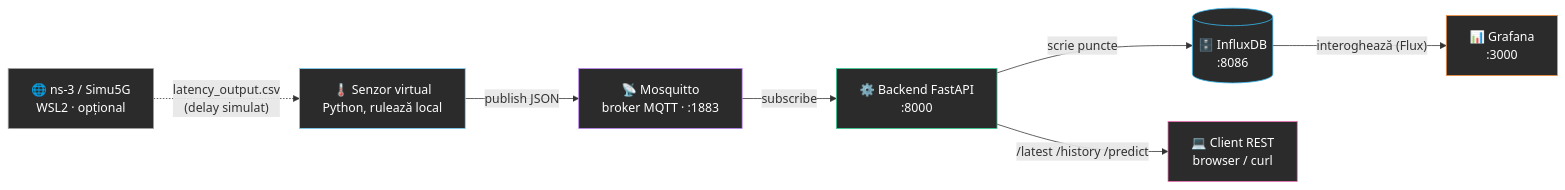
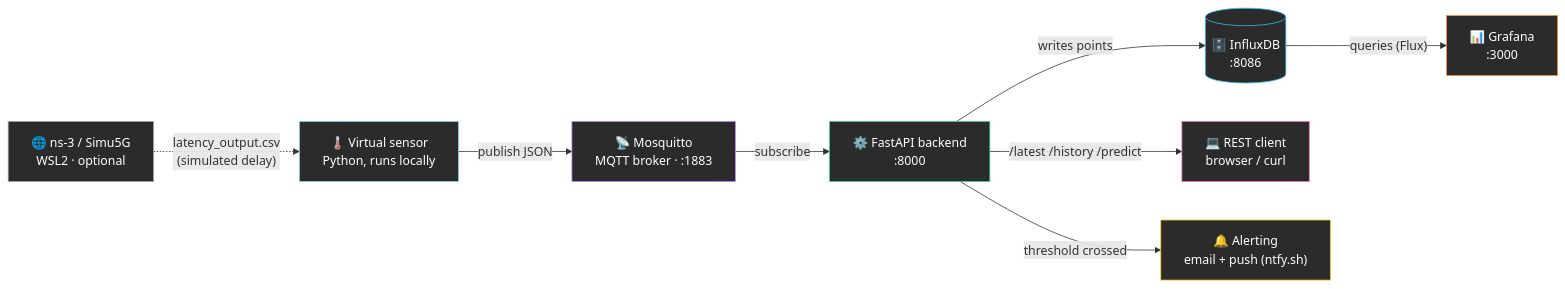
Before and after one commit to danielailenei/water-filter-monitor: the diagram in README.md, drawn with Mermaid. The commit also changed other lines of this file, not shown here.

````diff
--- a/README.md
+++ b/README.md
@@ -53,25 +55,28 @@
 ```mermaid
 flowchart LR
-    S["🌡️ Senzor virtual<br/>Python, rulează local"]
-    M["📡 Mosquitto<br/>broker MQTT · :1883"]
-    B["⚙️ Backend FastAPI<br/>:8000"]
+    S["🌡️ Virtual sensor<br/>Python, runs locally"]
+    M["📡 Mosquitto<br/>MQTT broker · :1883"]
+    B["⚙️ FastAPI backend<br/>:8000"]
     I[("🗄️ InfluxDB<br/>:8086")]
     G["📊 Grafana<br/>:3000"]
-    C["💻 Client REST<br/>browser / curl"]
-    NS["🌐 ns-3 / Simu5G<br/>WSL2 · opțional"]
+    C["💻 REST client<br/>browser / curl"]
+    NS["🌐 ns-3 / Simu5G<br/>WSL2 · optional"]
+    A["🔔 Alerting<br/>email + push (ntfy.sh)"]
 
     S -- "publish JSON" --> M
     M -- "subscribe" --> B
-    B -- "scrie puncte" --> I
-    I -- "interoghează (Flux)" --> G
+    B -- "writes points" --> I
+    I -- "queries (Flux)" --> G
     B -- "/latest /history /predict" --> C
-    NS -. "latency_output.csv<br/>(delay simulat)" .-> S
+    B -- "threshold crossed" --> A
+    NS -. "latency_output.csv<br/>(simulated delay)" .-> S
 
     style S fill:#2b2b2b,stroke:#7dd3fc,color:#fff
     style M fill:#2b2b2b,stroke:#c084fc,color:#fff
     style B fill:#2b2b2b,stroke:#34d399,color:#fff
     style I fill:#2b2b2b,stroke:#38bdf8,color:#fff
     style G fill:#2b2b2b,stroke:#fb923c,color:#fff
     style C fill:#2b2b2b,stroke:#f472b6,color:#fff
     style NS fill:#2b2b2b,stroke:#a3a3a3,color:#fff
+    style A fill:#2b2b2b,stroke:#facc15,color:#fff
 ```
````
